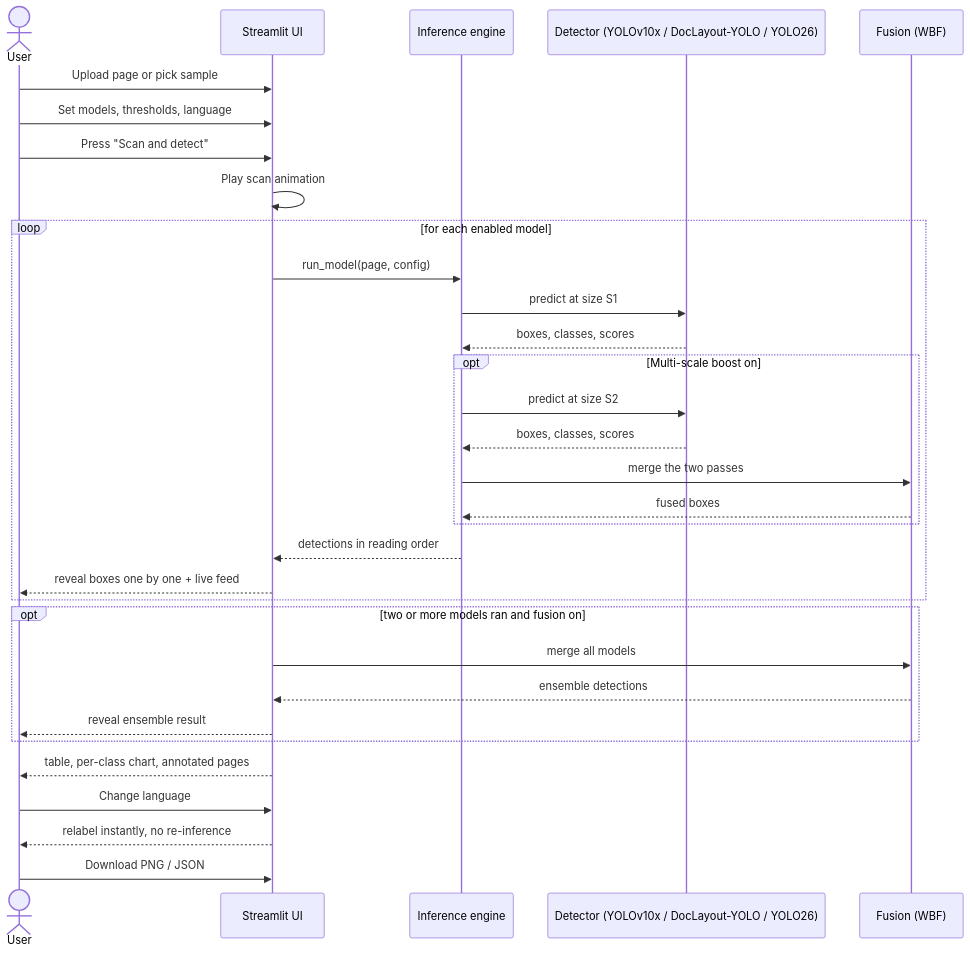
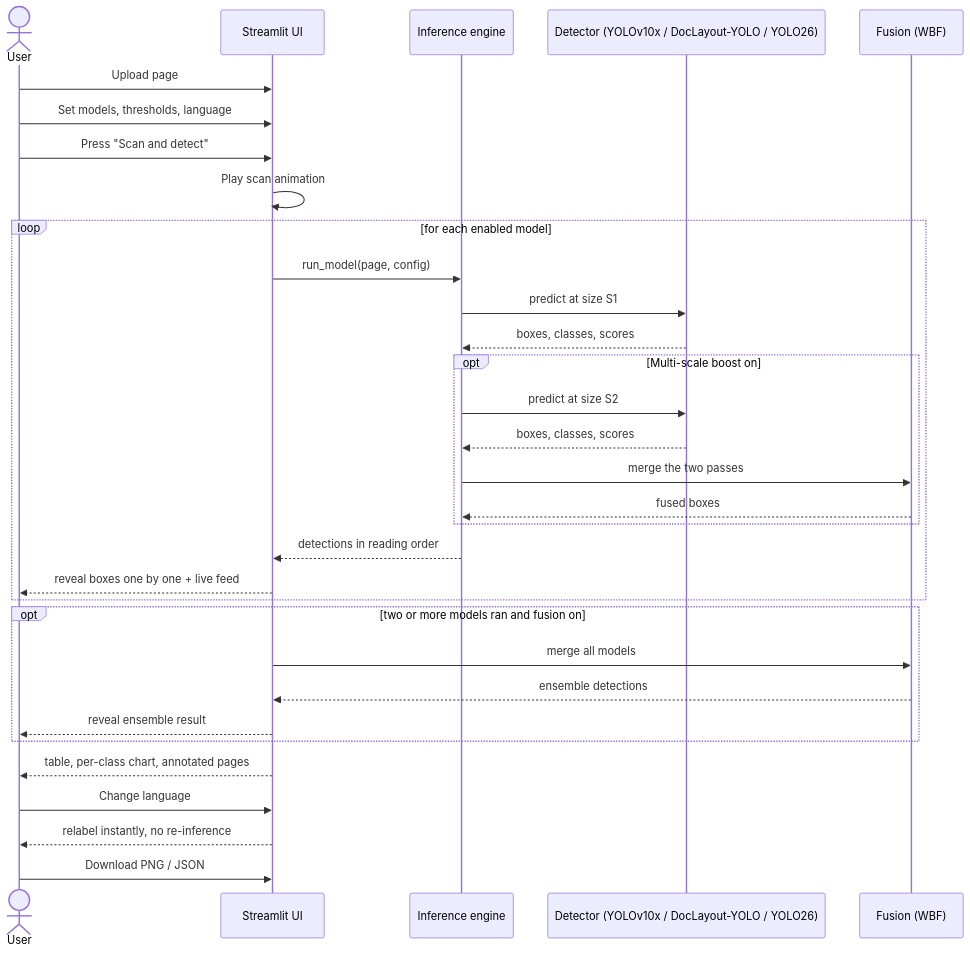
Before and after one commit to RajdipDhar2007/IndicDLP-Live-Layout-Studio: the fourth of 6 diagrams in README.md, drawn with Mermaid. The commit also changed other lines of this file and 11 other files, not shown here.

````diff
--- a/README.md
+++ b/README.md
@@ -240,35 +237,35 @@
 ```mermaid
 sequenceDiagram
     actor User
     participant UI as Streamlit UI
     participant Eng as Inference engine
     participant Mod as Detector (YOLOv10x / DocLayout-YOLO / YOLO26)
     participant Fus as Fusion (WBF)
 
-    User->>UI: Upload page or pick sample
+    User->>UI: Upload page
     User->>UI: Set models, thresholds, language
     User->>UI: Press "Scan and detect"
     UI->>UI: Play scan animation
     loop for each enabled model
         UI->>Eng: run_model(page, config)
         Eng->>Mod: predict at size S1
         Mod-->>Eng: boxes, classes, scores
         opt Multi-scale boost on
             Eng->>Mod: predict at size S2
             Mod-->>Eng: boxes, classes, scores
             Eng->>Fus: merge the two passes
             Fus-->>Eng: fused boxes
         end
         Eng-->>UI: detections in reading order
         UI-->>User: reveal boxes one by one + live feed
     end
     opt two or more models ran and fusion on
         UI->>Fus: merge all models
         Fus-->>UI: ensemble detections
         UI-->>User: reveal ensemble result
     end
     UI-->>User: table, per-class chart, annotated pages
     User->>UI: Change language
     UI-->>User: relabel instantly, no re-inference
     User->>UI: Download PNG / JSON
 ```
````
